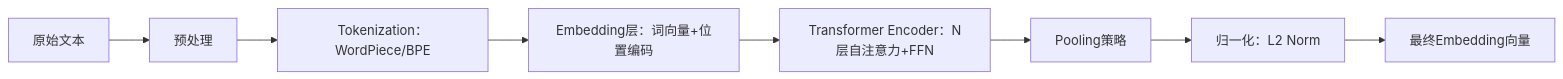
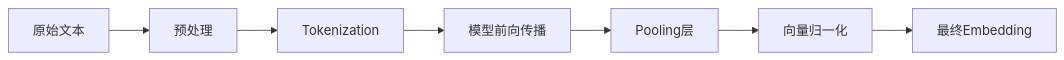
The diagram in 05-RAG检索增强生成/embedding模型选择.md (liuwei1993/ai-llm-agent-knowledge), drawn with Mermaid before and after one commit. The commit also changed other lines of this file and 2 other files, not shown here.

````diff
--- a/05-RAG检索增强生成/embedding模型选择.md
+++ b/05-RAG检索增强生成/embedding模型选择.md
@@ -26,10 +36,9 @@
 ```mermaid
 graph LR
 A[原始文本] --> B[预处理]
-B --> C[Tokenization：WordPiece/BPE]
-C --> D[Embedding层：词向量+位置编码]
-D --> E[Transformer Encoder：N层自注意力+FFN]
-E --> F[Pooling策略]
-F --> G[归一化：L2 Norm]
-G --> H[最终Embedding向量]
+B --> C[Tokenization]
+C --> D[模型前向传播]
+D --> E[Pooling层]
+E --> F[向量归一化]
+F --> G[最终Embedding]
 ```
````
